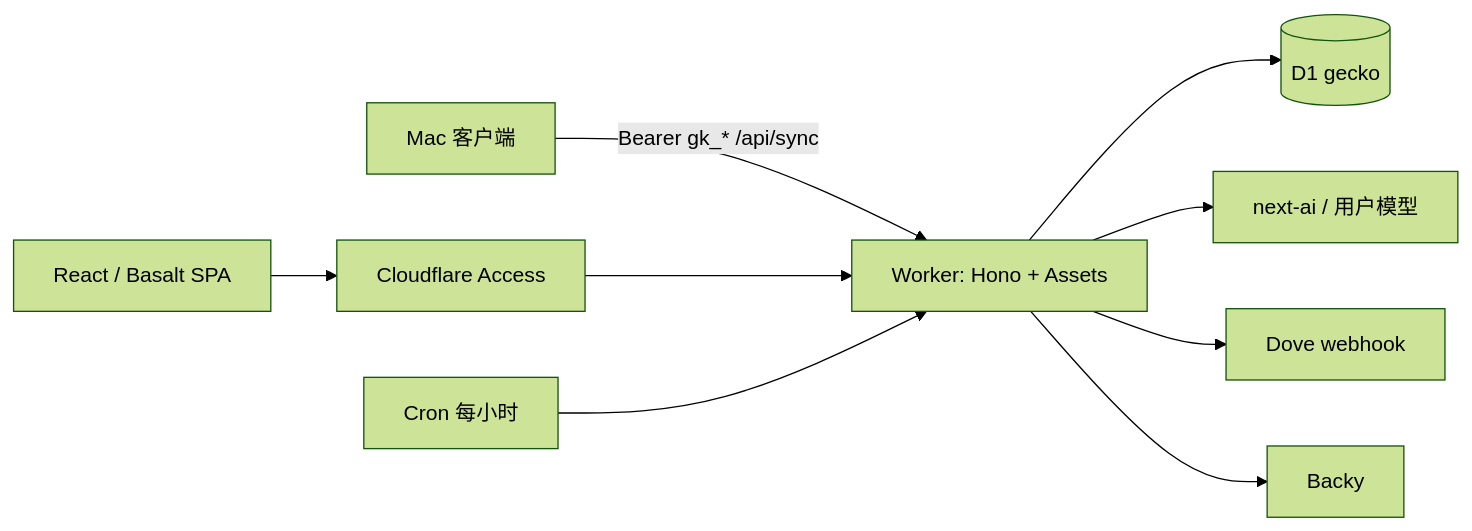
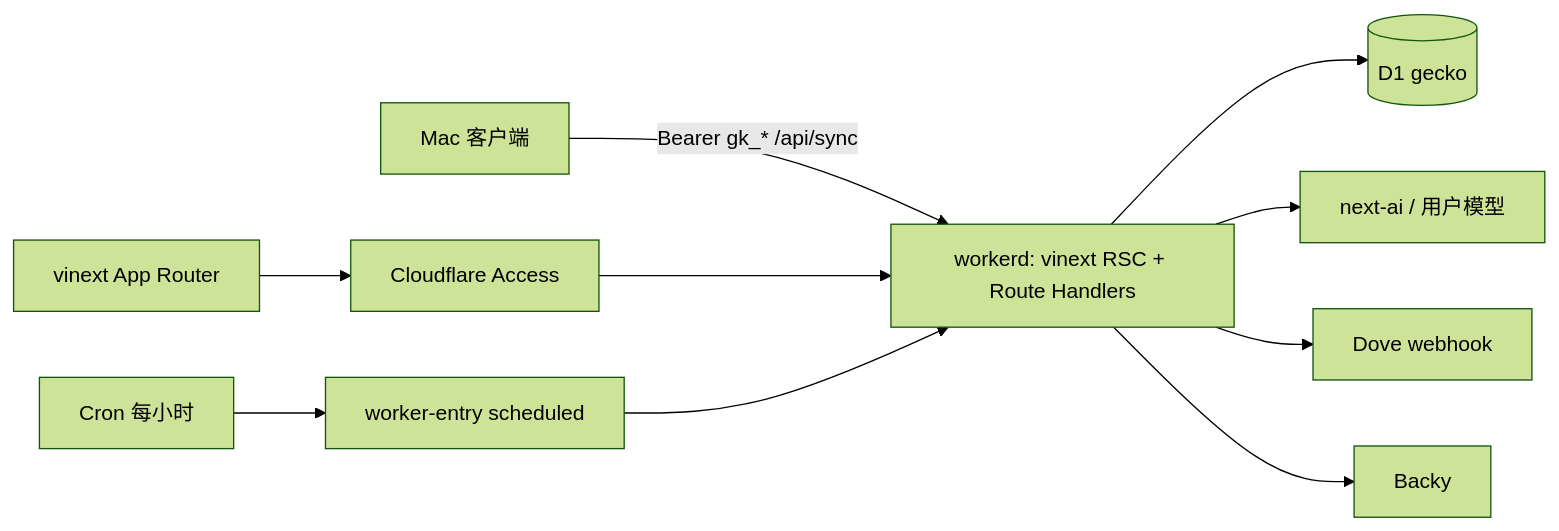
The diagram in docs/14-vite-cloudflare-migration.md (nocoo/gecko), drawn with Mermaid (forest theme) before and after one commit. The commit also changed other lines of this file and 2 other files, not shown here.

Commit message:
docs: switch plan to vinext on workers

````diff
--- a/docs/14-vite-cloudflare-migration.md
+++ b/docs/14-vite-cloudflare-migration.md
@@ -75,11 +74,12 @@
 ```mermaid
 flowchart LR
   Mac[Mac 客户端] -->|Bearer gk_* /api/sync| Worker
-  Browser[React / Basalt SPA] --> Access[Cloudflare Access]
-  Access --> Worker[Worker: Hono + Assets]
+  Browser[vinext App Router] --> Access[Cloudflare Access]
+  Access --> Worker[workerd: vinext RSC + Route Handlers]
   Worker --> D1[(D1 gecko)]
-  Cron[Cron 每小时] --> Worker
+  Cron[Cron 每小时] --> Entry[worker-entry scheduled]
+  Entry --> Worker
   Worker --> AI[next-ai / 用户模型]
   Worker --> Dove[Dove webhook]
   Worker --> Backy[Backy]
 ```
````
